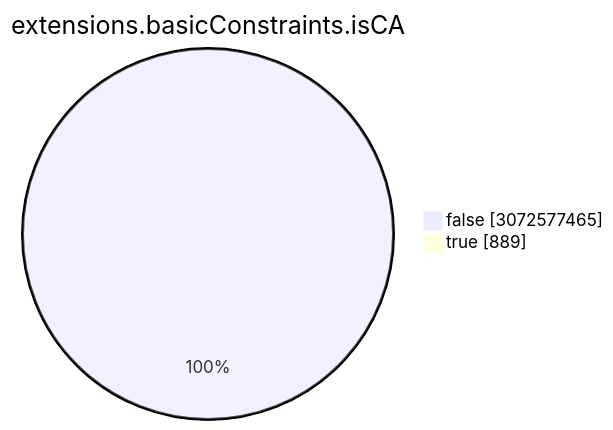
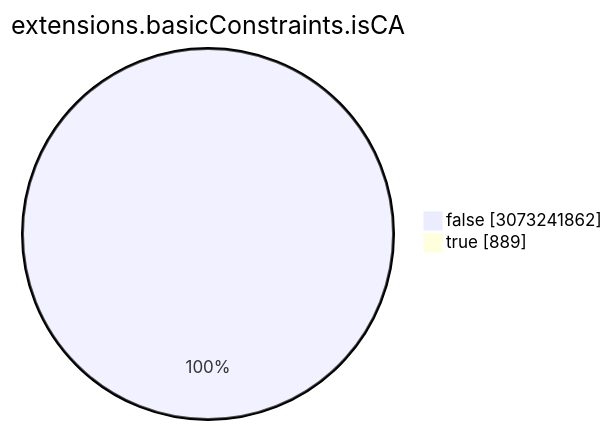
The seventh of 15 diagrams in TOTAL/README.md (christiankrug/ctmonitor_visualization), drawn with Mermaid before and after one commit. The commit also changed other lines of this file, not shown here.

````diff
--- a/TOTAL/README.md
+++ b/TOTAL/README.md
@@ -3086,6 +3086,6 @@
 ```mermaid
 pie showData
 title extensions.basicConstraints.isCA
-"false" :3072577465
+"false" :3073241862
 "true" :889
 ```
````
